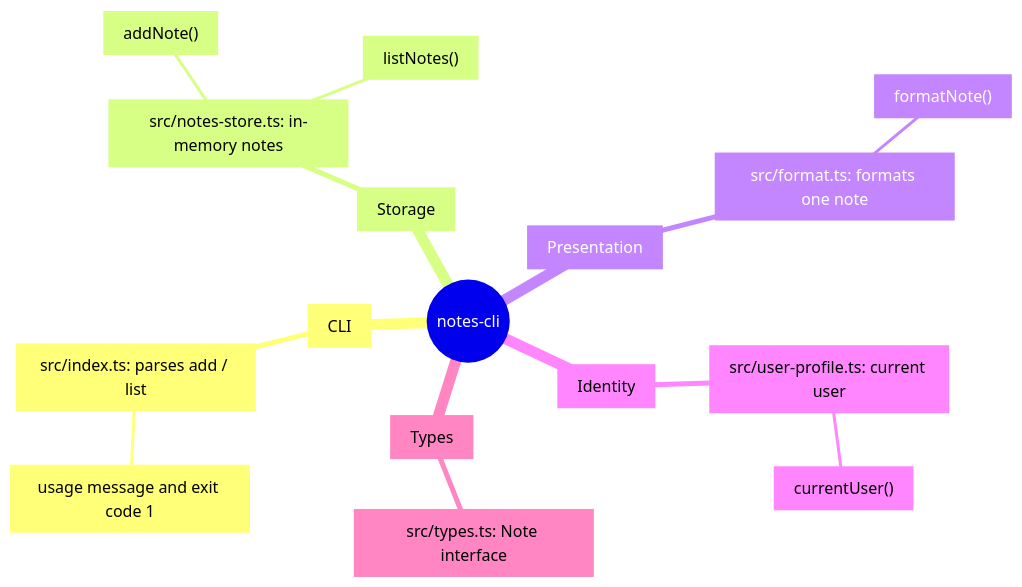
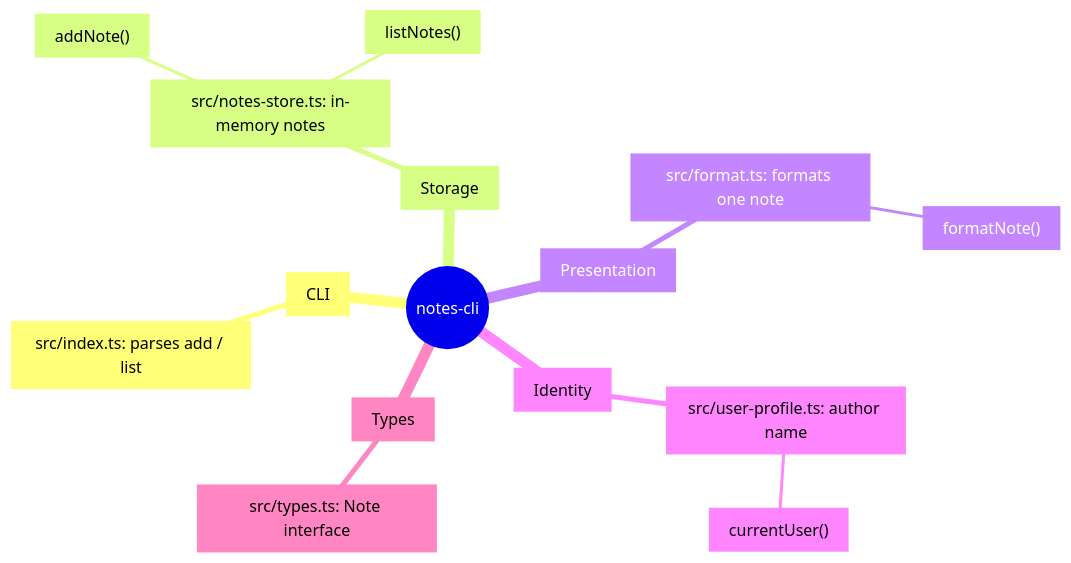
Before and after one commit to hxxnn/codemap: the diagram in examples/ts-notes-cli/docs/codemap/mindmap.md, drawn with Mermaid. The commit also changed other lines of this file and 35 other files, not shown here.

First line of the commit message:
test: regenerate examples with the final diagram rules

````diff
--- a/examples/ts-notes-cli/docs/codemap/mindmap.md
+++ b/examples/ts-notes-cli/docs/codemap/mindmap.md
@@ -14,19 +14,18 @@
 ```mermaid
 mindmap
   root((notes-cli))
     a1["CLI"]
       a2["src/index.ts: parses add / list"]
-        a3["usage message and exit code 1"]
-    a4["Storage"]
-      a5["src/notes-store.ts: in-memory notes"]
-        a6["addNote()"]
-        a7["listNotes()"]
-    a8["Presentation"]
-      a9["src/format.ts: formats one note"]
-        a10["formatNote()"]
-    a11["Identity"]
-      a12["src/user-profile.ts: current user"]
-        a13["currentUser()"]
-    a14["Types"]
-      a15["src/types.ts: Note interface"]
+    a3["Storage"]
+      a4["src/notes-store.ts: in-memory notes"]
+        a5["addNote()"]
+        a6["listNotes()"]
+    a7["Presentation"]
+      a8["src/format.ts: formats one note"]
+        a9["formatNote()"]
+    a10["Identity"]
+      a11["src/user-profile.ts: author name"]
+        a12["currentUser()"]
+    a13["Types"]
+      a14["src/types.ts: Note interface"]
 ```
````
